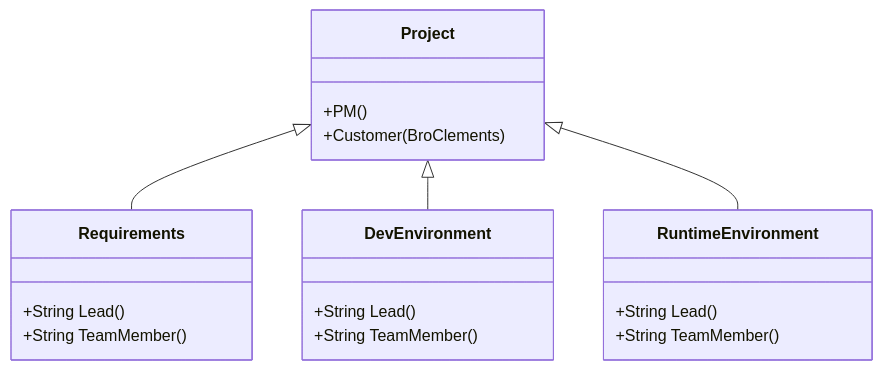
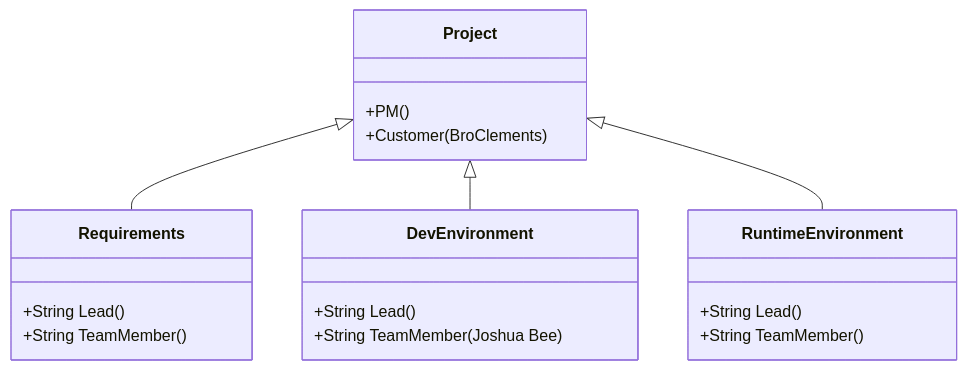
One commit to byui-cse397/2024WinCSE490PCP changed the first of 2 diagrams in ProjectManagement/OrganizationChart/OrganizationChart.md. Above: the diagram before and after it, drawn with Mermaid.

````diff
--- a/ProjectManagement/OrganizationChart/OrganizationChart.md
+++ b/ProjectManagement/OrganizationChart/OrganizationChart.md
@@ -2,20 +2,20 @@
 ```mermaid
 classDiagram
       Project <|-- Requirements
       Project <|-- DevEnvironment
       Project <|-- RuntimeEnvironment
       Project : +PM()
       Project : +Customer(BroClements)
       class Requirements{
           +String Lead()
           +String TeamMember()
       }
       class DevEnvironment{
           +String Lead()
-          +String TeamMember()
+          +String TeamMember(Joshua Bee)
       }
       class RuntimeEnvironment{
           +String Lead()
           +String TeamMember()
       }
 ```
````
